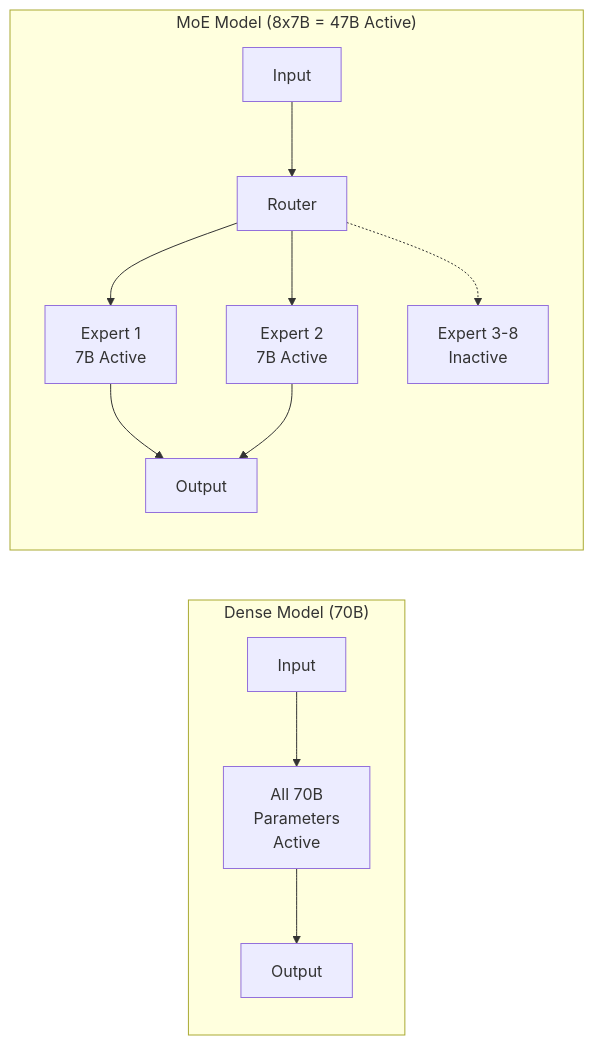
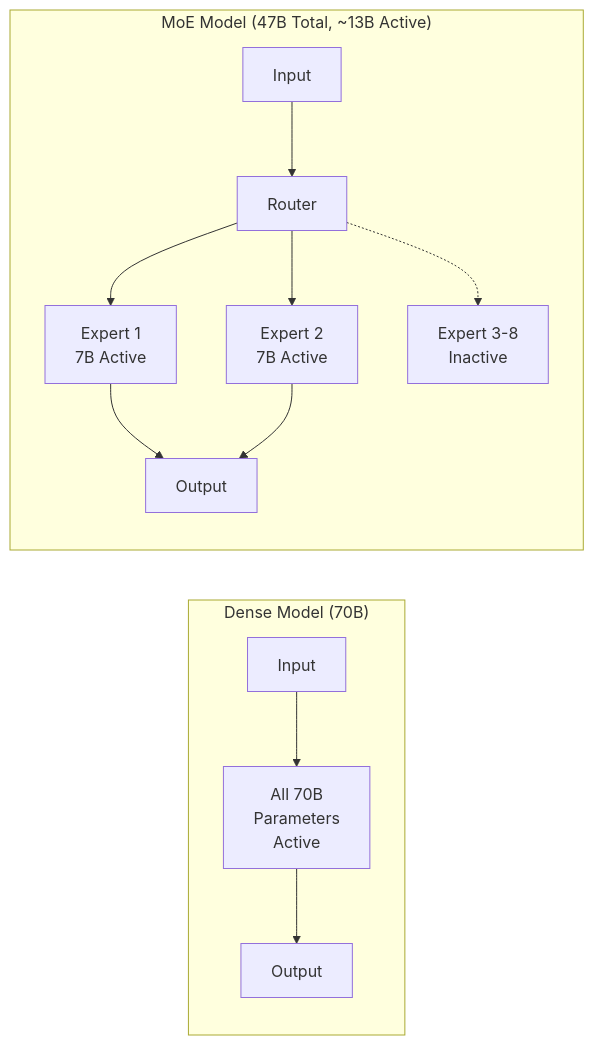
Before and after one commit to devfloor9/engineering-playbook: the second of 6 diagrams in docs/agentic-ai-platform/moe-model-serving.md, drawn with Mermaid. The commit also changed other lines of this file and 202 other files, not shown here.

````diff
--- a/docs/agentic-ai-platform/moe-model-serving.md
+++ b/docs/agentic-ai-platform/moe-model-serving.md
@@ -96,15 +87,15 @@
 ```mermaid
 flowchart LR
     subgraph "Dense Model (70B)"
         D_IN[Input] --> D_ALL[All 70B<br/>Parameters<br/>Active]
         D_ALL --> D_OUT[Output]
     end
     
-    subgraph "MoE Model (8x7B = 47B Active)"
+    subgraph "MoE Model (47B Total, ~13B Active)"
         M_IN[Input] --> M_GATE[Router]
         M_GATE --> M_E1[Expert 1<br/>7B Active]
         M_GATE --> M_E2[Expert 2<br/>7B Active]
         M_E1 & M_E2 --> M_OUT[Output]
         M_GATE -.-> M_E3[Expert 3-8<br/>Inactive]
     end
 ```
````
